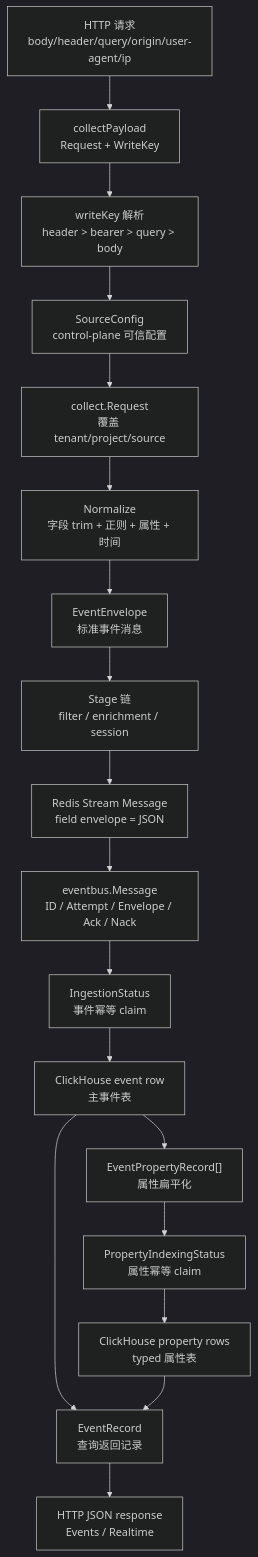
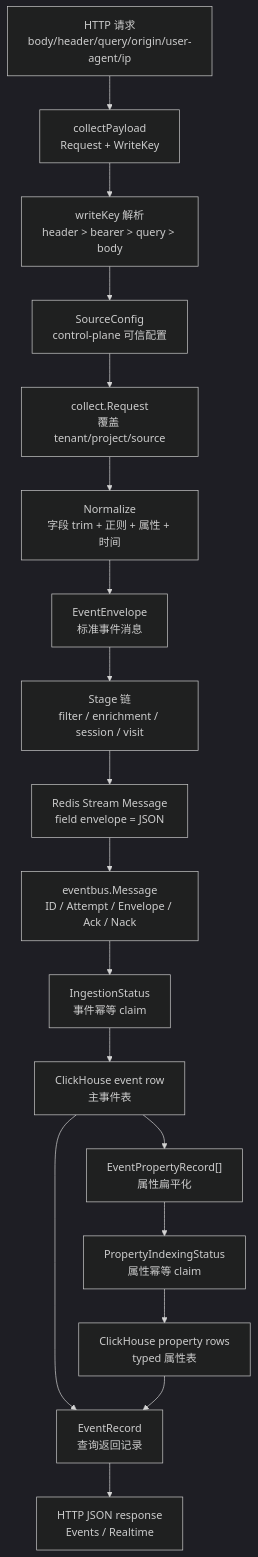
The first of 5 diagrams in docs/analytics-source-reading/data-flow-analysis.md (RoggerZ/uba), drawn with Mermaid (dark theme) before and after one commit. The commit also changed other lines of this file and 5 other files, not shown here.

````diff
--- a/docs/analytics-source-reading/data-flow-analysis.md
+++ b/docs/analytics-source-reading/data-flow-analysis.md
@@ -7,25 +7,25 @@
 ```mermaid
 flowchart TB
     A["HTTP 请求<br/>body/header/query/origin/user-agent/ip"]
     B["collectPayload<br/>Request + WriteKey"]
     C["writeKey 解析<br/>header > bearer > query > body"]
     D["SourceConfig<br/>control-plane 可信配置"]
     E["collect.Request<br/>覆盖 tenant/project/source"]
     F["Normalize<br/>字段 trim + 正则 + 属性 + 时间"]
     G["EventEnvelope<br/>标准事件消息"]
-    H["Stage 链<br/>filter / enrichment / session"]
+    H["Stage 链<br/>filter / enrichment / session / visit"]
     I["Redis Stream Message<br/>field envelope = JSON"]
     J["eventbus.Message<br/>ID / Attempt / Envelope / Ack / Nack"]
     K["IngestionStatus<br/>事件幂等 claim"]
     L["ClickHouse event row<br/>主事件表"]
     M["EventPropertyRecord[]<br/>属性扁平化"]
     N["PropertyIndexingStatus<br/>属性幂等 claim"]
     O["ClickHouse property rows<br/>typed 属性表"]
     P["EventRecord<br/>查询返回记录"]
     Q["HTTP JSON response<br/>Events / Realtime"]
 
     A --> B --> C --> D --> E --> F --> G --> H --> I --> J
     J --> K --> L --> M --> N --> O
     L --> P --> Q
     O --> P
 ```
````
